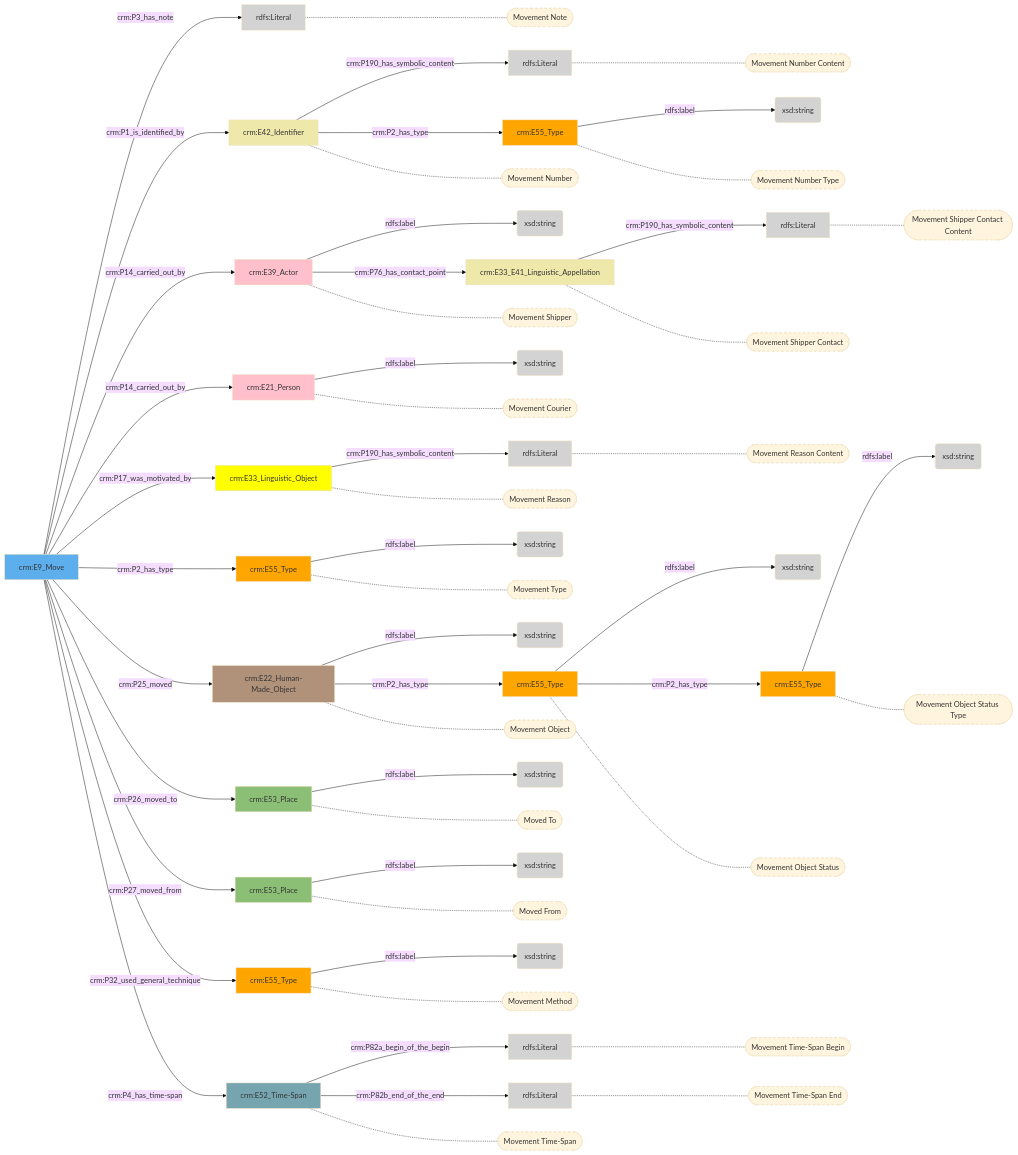
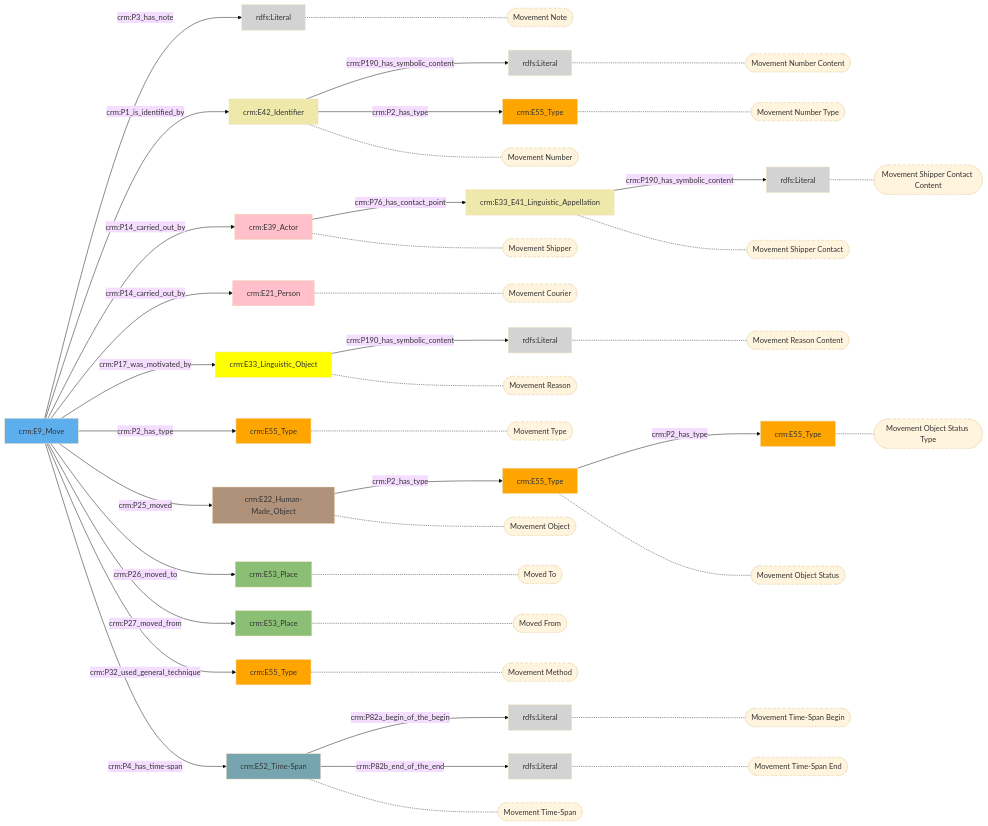
The diagram in docs/content/modellen/Movement/na.md (digipolisantwerpdocumentation/antwerp-cultureel-erfgoed), drawn with Mermaid (base theme) before and after one commit. The commit also changed 170 other files, not shown here.

````diff
--- a/docs/content/modellen/Movement/na.md
+++ b/docs/content/modellen/Movement/na.md
@@ -1,21 +1,32 @@
 ```mermaid
 graph LR
-0492bc97-df8b-11ee-ac5e-960002548b4f["crm:E55_Type"]-->|"rdfs:label"|4784f797-df8b-11ee-a582-960002548b4f(xsd:string)
-07fae66c-df8e-11ee-abef-960002548b4f["crm:E22_Human-Made_Object"]-->|"rdfs:label"|791c34c2-df8e-11ee-b90d-960002548b4f(xsd:string)
+style 0492bc97-df8b-11ee-ac5e-960002548b4f fill:#ffa500
+style 05a5a5ec-df8c-11ee-9f73-960002548b4f fill:#D3D3D3
+style 07fae66c-df8e-11ee-abef-960002548b4f fill:#B0927A
+style 12c3f992-df90-11ee-938d-960002548b4f fill:#76A5AF
+style 13479975-df8d-11ee-8fce-960002548b4f fill:#ffc0cb
+style 5d94063c-df8b-11ee-b9bf-960002548b4f fill:#ffff00
+style 65a45816-df8e-11ee-a924-960002548b4f fill:#D3D3D3
+style 6f6fbd23-df90-11ee-ba62-960002548b4f fill:#D3D3D3
+style 78217701-df8d-11ee-b91d-960002548b4f fill:#ffc0cb
+style 7c123008-df91-11ee-acb5-960002548b4f fill:#ffa500
+style 7cfe073d-df90-11ee-9e39-960002548b4f fill:#D3D3D3
+style 81f7e559-df8a-11ee-ab4e-960002548b4f fill:#5DAEEC
+style 90330924-df91-11ee-879a-960002548b4f fill:#ffa500
+style a1816db6-df8e-11ee-a1bd-960002548b4f fill:#8CBF76
+style afc75bdc-df8a-11ee-9ce2-960002548b4f fill:#EEE8AA
+style c20a74b3-df8d-11ee-b48a-960002548b4f fill:#EEE8AA
+style c3d55356-df8a-11ee-b5e0-960002548b4f fill:#D3D3D3
+style d2e593ea-df8e-11ee-ab47-960002548b4f fill:#8CBF76
+style d7e756ce-df8a-11ee-b2f4-960002548b4f fill:#ffa500
+style d90ece0e-df90-11ee-8859-960002548b4f fill:#ffa500
+style dc9c2b0f-df8d-11ee-8ba5-960002548b4f fill:#D3D3D3
 12c3f992-df90-11ee-938d-960002548b4f["crm:E52_Time-Span"]-->|"crm:P82a_begin_of_the_begin"|6f6fbd23-df90-11ee-ba62-960002548b4f(rdfs:Literal)
 12c3f992-df90-11ee-938d-960002548b4f["crm:E52_Time-Span"]-->|"crm:P82b_end_of_the_end"|7cfe073d-df90-11ee-9e39-960002548b4f(rdfs:Literal)
-13479975-df8d-11ee-8fce-960002548b4f["crm:E39_Actor"]-->|"rdfs:label"|659b2c8d-df8d-11ee-bbc9-960002548b4f(xsd:string)
 5d94063c-df8b-11ee-b9bf-960002548b4f["crm:E33_Linguistic_Object"]-->|"crm:P190_has_symbolic_content"|05a5a5ec-df8c-11ee-9f73-960002548b4f(rdfs:Literal)
-78217701-df8d-11ee-b91d-960002548b4f["crm:E21_Person"]-->|"rdfs:label"|e91e4126-df8f-11ee-b1b5-960002548b4f(xsd:string)
-7c123008-df91-11ee-acb5-960002548b4f["crm:E55_Type"]-->|"rdfs:label"|a1937020-df91-11ee-84f3-960002548b4f(xsd:string)
 81f7e559-df8a-11ee-ab4e-960002548b4f["crm:E9_Move"]-->|"crm:P3_has_note"|65a45816-df8e-11ee-a924-960002548b4f(rdfs:Literal)
-90330924-df91-11ee-879a-960002548b4f["crm:E55_Type"]-->|"rdfs:label"|b0a980cb-df91-11ee-80e7-960002548b4f(xsd:string)
-a1816db6-df8e-11ee-a1bd-960002548b4f["crm:E53_Place"]-->|"rdfs:label"|bec25650-df8e-11ee-9c52-960002548b4f(xsd:string)
 afc75bdc-df8a-11ee-9ce2-960002548b4f["crm:E42_Identifier"]-->|"crm:P190_has_symbolic_content"|c3d55356-df8a-11ee-b5e0-960002548b4f(rdfs:Literal)
 c20a74b3-df8d-11ee-b48a-960002548b4f["crm:E33_E41_Linguistic_Appellation"]-->|"crm:P190_has_symbolic_content"|dc9c2b0f-df8d-11ee-8ba5-960002548b4f(rdfs:Literal)
-d2e593ea-df8e-11ee-ab47-960002548b4f["crm:E53_Place"]-->|"rdfs:label"|f0c1d78e-df8e-11ee-9f77-960002548b4f(xsd:string)
-d7e756ce-df8a-11ee-b2f4-960002548b4f["crm:E55_Type"]-->|"rdfs:label"|e8617a97-df8a-11ee-952d-960002548b4f(xsd:string)
-d90ece0e-df90-11ee-8859-960002548b4f["crm:E55_Type"]-->|"rdfs:label"|ee597770-df90-11ee-9de5-960002548b4f(xsd:string)
 07fae66c-df8e-11ee-abef-960002548b4f["crm:E22_Human-Made_Object"]-->|"crm:P2_has_type"|7c123008-df91-11ee-acb5-960002548b4f["crm:E55_Type"]
 13479975-df8d-11ee-8fce-960002548b4f["crm:E39_Actor"]-->|"crm:P76_has_contact_point"|c20a74b3-df8d-11ee-b48a-960002548b4f["crm:E33_E41_Linguistic_Appellation"]
 7c123008-df91-11ee-acb5-960002548b4f["crm:E55_Type"]-->|"crm:P2_has_type"|90330924-df91-11ee-879a-960002548b4f["crm:E55_Type"]
@@ -30,6 +41,26 @@
 81f7e559-df8a-11ee-ab4e-960002548b4f["crm:E9_Move"]-->|"crm:P32_used_general_technique"|0492bc97-df8b-11ee-ac5e-960002548b4f["crm:E55_Type"]
 81f7e559-df8a-11ee-ab4e-960002548b4f["crm:E9_Move"]-->|"crm:P4_has_time-span"|12c3f992-df90-11ee-938d-960002548b4f["crm:E52_Time-Span"]
 afc75bdc-df8a-11ee-9ce2-960002548b4f["crm:E42_Identifier"]-->|"crm:P2_has_type"|d7e756ce-df8a-11ee-b2f4-960002548b4f["crm:E55_Type"]
+style 7c123008-df91-11ee-acb5-960002548b4f_s stroke-dasharray: 5
+style 6f6fbd23-df90-11ee-ba62-960002548b4f_s stroke-dasharray: 5
+style 7cfe073d-df90-11ee-9e39-960002548b4f_s stroke-dasharray: 5
+style c20a74b3-df8d-11ee-b48a-960002548b4f_s stroke-dasharray: 5
+style 05a5a5ec-df8c-11ee-9f73-960002548b4f_s stroke-dasharray: 5
+style 90330924-df91-11ee-879a-960002548b4f_s stroke-dasharray: 5
+style afc75bdc-df8a-11ee-9ce2-960002548b4f_s stroke-dasharray: 5
+style 13479975-df8d-11ee-8fce-960002548b4f_s stroke-dasharray: 5
+style 78217701-df8d-11ee-b91d-960002548b4f_s stroke-dasharray: 5
+style 5d94063c-df8b-11ee-b9bf-960002548b4f_s stroke-dasharray: 5
+style d90ece0e-df90-11ee-8859-960002548b4f_s stroke-dasharray: 5
+style 07fae66c-df8e-11ee-abef-960002548b4f_s stroke-dasharray: 5
+style d2e593ea-df8e-11ee-ab47-960002548b4f_s stroke-dasharray: 5
+style a1816db6-df8e-11ee-a1bd-960002548b4f_s stroke-dasharray: 5
+style 65a45816-df8e-11ee-a924-960002548b4f_s stroke-dasharray: 5
+style 0492bc97-df8b-11ee-ac5e-960002548b4f_s stroke-dasharray: 5
+style 12c3f992-df90-11ee-938d-960002548b4f_s stroke-dasharray: 5
+style c3d55356-df8a-11ee-b5e0-960002548b4f_s stroke-dasharray: 5
+style d7e756ce-df8a-11ee-b2f4-960002548b4f_s stroke-dasharray: 5
+style dc9c2b0f-df8d-11ee-8ba5-960002548b4f_s stroke-dasharray: 5
 7c123008-df91-11ee-acb5-960002548b4f["crm:E55_Type"]-.-7c123008-df91-11ee-acb5-960002548b4f_s(["Movement Object Status"])
 6f6fbd23-df90-11ee-ba62-960002548b4f["rdfs:Literal"]-.-6f6fbd23-df90-11ee-ba62-960002548b4f_s(["Movement Time-Span Begin"])
 7cfe073d-df90-11ee-9e39-960002548b4f["rdfs:Literal"]-.-7cfe073d-df90-11ee-9e39-960002548b4f_s(["Movement Time-Span End"])
@@ -50,55 +81,4 @@
 c3d55356-df8a-11ee-b5e0-960002548b4f["rdfs:Literal"]-.-c3d55356-df8a-11ee-b5e0-960002548b4f_s(["Movement Number Content"])
 d7e756ce-df8a-11ee-b2f4-960002548b4f["crm:E55_Type"]-.-d7e756ce-df8a-11ee-b2f4-960002548b4f_s(["Movement Number Type"])
 dc9c2b0f-df8d-11ee-8ba5-960002548b4f["rdfs:Literal"]-.-dc9c2b0f-df8d-11ee-8ba5-960002548b4f_s(["Movement Shipper Contact Content"])
-style 7c123008-df91-11ee-acb5-960002548b4f_s stroke-dasharray: 5
-style 6f6fbd23-df90-11ee-ba62-960002548b4f_s stroke-dasharray: 5
-style 7cfe073d-df90-11ee-9e39-960002548b4f_s stroke-dasharray: 5
-style c20a74b3-df8d-11ee-b48a-960002548b4f_s stroke-dasharray: 5
-style 05a5a5ec-df8c-11ee-9f73-960002548b4f_s stroke-dasharray: 5
-style 90330924-df91-11ee-879a-960002548b4f_s stroke-dasharray: 5
-style afc75bdc-df8a-11ee-9ce2-960002548b4f_s stroke-dasharray: 5
-style 13479975-df8d-11ee-8fce-960002548b4f_s stroke-dasharray: 5
-style 78217701-df8d-11ee-b91d-960002548b4f_s stroke-dasharray: 5
-style 5d94063c-df8b-11ee-b9bf-960002548b4f_s stroke-dasharray: 5
-style d90ece0e-df90-11ee-8859-960002548b4f_s stroke-dasharray: 5
-style 07fae66c-df8e-11ee-abef-960002548b4f_s stroke-dasharray: 5
-style d2e593ea-df8e-11ee-ab47-960002548b4f_s stroke-dasharray: 5
-style a1816db6-df8e-11ee-a1bd-960002548b4f_s stroke-dasharray: 5
-style 65a45816-df8e-11ee-a924-960002548b4f_s stroke-dasharray: 5
-style 0492bc97-df8b-11ee-ac5e-960002548b4f_s stroke-dasharray: 5
-style 12c3f992-df90-11ee-938d-960002548b4f_s stroke-dasharray: 5
-style c3d55356-df8a-11ee-b5e0-960002548b4f_s stroke-dasharray: 5
-style d7e756ce-df8a-11ee-b2f4-960002548b4f_s stroke-dasharray: 5
-style dc9c2b0f-df8d-11ee-8ba5-960002548b4f_s stroke-dasharray: 5
-style 0492bc97-df8b-11ee-ac5e-960002548b4f fill:#ffa500
-style 05a5a5ec-df8c-11ee-9f73-960002548b4f fill:#D3D3D3
-style 07fae66c-df8e-11ee-abef-960002548b4f fill:#B0927A
-style 12c3f992-df90-11ee-938d-960002548b4f fill:#76A5AF
-style 13479975-df8d-11ee-8fce-960002548b4f fill:#ffc0cb
-style 4784f797-df8b-11ee-a582-960002548b4f fill:#D3D3D3
-style 5d94063c-df8b-11ee-b9bf-960002548b4f fill:#ffff00
-style 659b2c8d-df8d-11ee-bbc9-960002548b4f fill:#D3D3D3
-style 65a45816-df8e-11ee-a924-960002548b4f fill:#D3D3D3
-style 6f6fbd23-df90-11ee-ba62-960002548b4f fill:#D3D3D3
-style 78217701-df8d-11ee-b91d-960002548b4f fill:#ffc0cb
-style 791c34c2-df8e-11ee-b90d-960002548b4f fill:#D3D3D3
-style 7c123008-df91-11ee-acb5-960002548b4f fill:#ffa500
-style 7cfe073d-df90-11ee-9e39-960002548b4f fill:#D3D3D3
-style 81f7e559-df8a-11ee-ab4e-960002548b4f fill:#5DAEEC
-style 90330924-df91-11ee-879a-960002548b4f fill:#ffa500
-style a1816db6-df8e-11ee-a1bd-960002548b4f fill:#8CBF76
-style a1937020-df91-11ee-84f3-960002548b4f fill:#D3D3D3
-style afc75bdc-df8a-11ee-9ce2-960002548b4f fill:#EEE8AA
-style b0a980cb-df91-11ee-80e7-960002548b4f fill:#D3D3D3
-style bec25650-df8e-11ee-9c52-960002548b4f fill:#D3D3D3
-style c20a74b3-df8d-11ee-b48a-960002548b4f fill:#EEE8AA
-style c3d55356-df8a-11ee-b5e0-960002548b4f fill:#D3D3D3
-style d2e593ea-df8e-11ee-ab47-960002548b4f fill:#8CBF76
-style d7e756ce-df8a-11ee-b2f4-960002548b4f fill:#ffa500
-style d90ece0e-df90-11ee-8859-960002548b4f fill:#ffa500
-style dc9c2b0f-df8d-11ee-8ba5-960002548b4f fill:#D3D3D3
-style e8617a97-df8a-11ee-952d-960002548b4f fill:#D3D3D3
-style e91e4126-df8f-11ee-b1b5-960002548b4f fill:#D3D3D3
-style ee597770-df90-11ee-9de5-960002548b4f fill:#D3D3D3
-style f0c1d78e-df8e-11ee-9f77-960002548b4f fill:#D3D3D3
 ```
````
